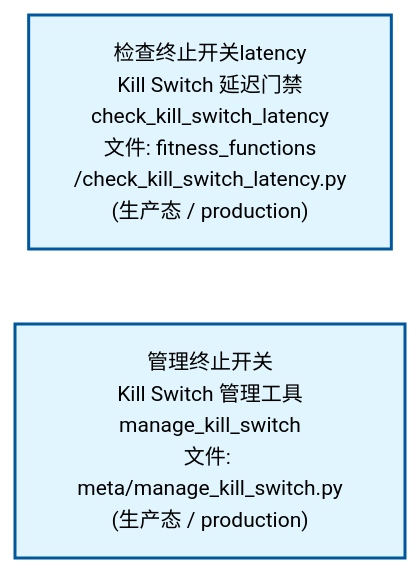
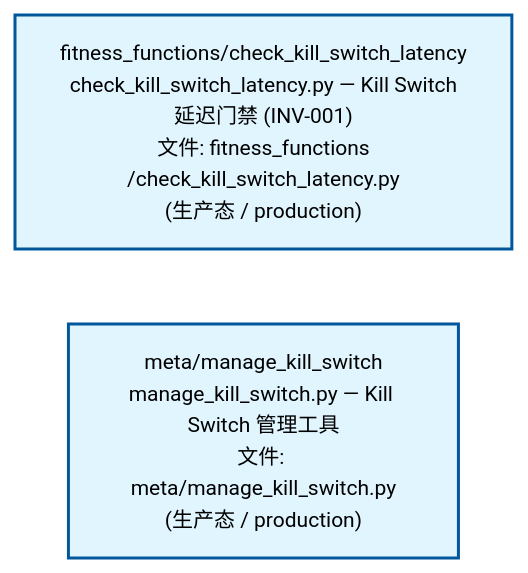
The second of 3 diagrams in docs/02_enterprise_architecture/02_domain_architecture_docs/34_d_autonomy_perm.md (xuanFelixVan/ZephyrAlpha), drawn with Mermaid before and after one commit. The commit also changed other lines of this file and 58 other files, not shown here.

````diff
--- a/docs/02_enterprise_architecture/02_domain_architecture_docs/34_d_autonomy_perm.md
+++ b/docs/02_enterprise_architecture/02_domain_architecture_docs/34_d_autonomy_perm.md
@@ -75,12 +75,12 @@
 ```mermaid
 %%{init: {'theme': 'base', 'themeVariables': {'primaryColor': '#eaeaea', 'primaryTextColor': '#333333', 'primaryBorderColor': '#666666', 'lineColor': '#666666', 'secondaryColor': '#eaeaea', 'tertiaryColor': '#eaeaea', 'fontSize': '14px'}}}%%
 flowchart TD
-    scripts_arch_guard_fitness_functions_check_kill_switch_latency_py["检查终止开关latency<br/>Kill Switch 延迟门禁<br/>check_kill_switch_latency<br/>文件: fitness_functions<br/>/check_kill_switch_latency.py<br/>(生产态 / production)"]
-    scripts_governance_meta_manage_kill_switch_py["管理终止开关<br/>Kill Switch 管理工具<br/>manage_kill_switch<br/>文件: meta/manage_kill_switch.py<br/>(生产态 / production)"]
+    scripts_arch_guard_fitness_functions_check_kill_switch_latency_py["fitness_functions/check_kill_switch_latency<br/>check_kill_switch_latency.py — Kill Switch<br/>延迟门禁 (INV-001)<br/>文件: fitness_functions<br/>/check_kill_switch_latency.py<br/>(生产态 / production)"]
+    scripts_governance_meta_manage_kill_switch_py["meta/manage_kill_switch<br/>manage_kill_switch.py — Kill Switch 管理工具<br/>文件: meta/manage_kill_switch.py<br/>(生产态 / production)"]
     scripts_arch_guard_fitness_functions_check_kill_switch_latency_py ~~~ scripts_governance_meta_manage_kill_switch_py
     classDef production fill:#e1f5fe,stroke:#01579b,stroke-width:2px,color:#000
     classDef design fill:#fff3e0,stroke:#e65100,stroke-width:2px,color:#000,stroke-dasharray: 5 5
     classDef external_prod fill:#e8f4fd,stroke:#0277bd,stroke-width:1px,color:#000
     classDef external_design fill:#fff8e7,stroke:#ef6c00,stroke-width:1px,color:#000,stroke-dasharray: 5 5
     class scripts_arch_guard_fitness_functions_check_kill_switch_latency_py,scripts_governance_meta_manage_kill_switch_py production
 ```
````
